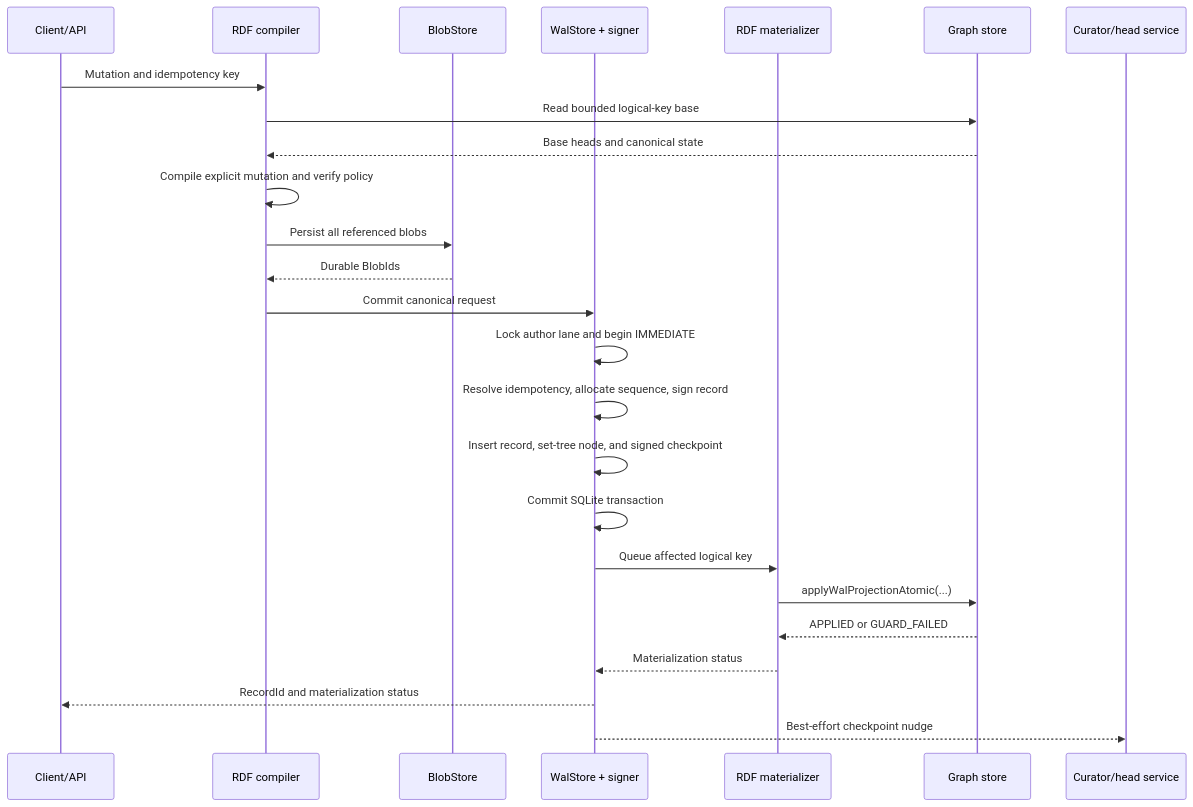
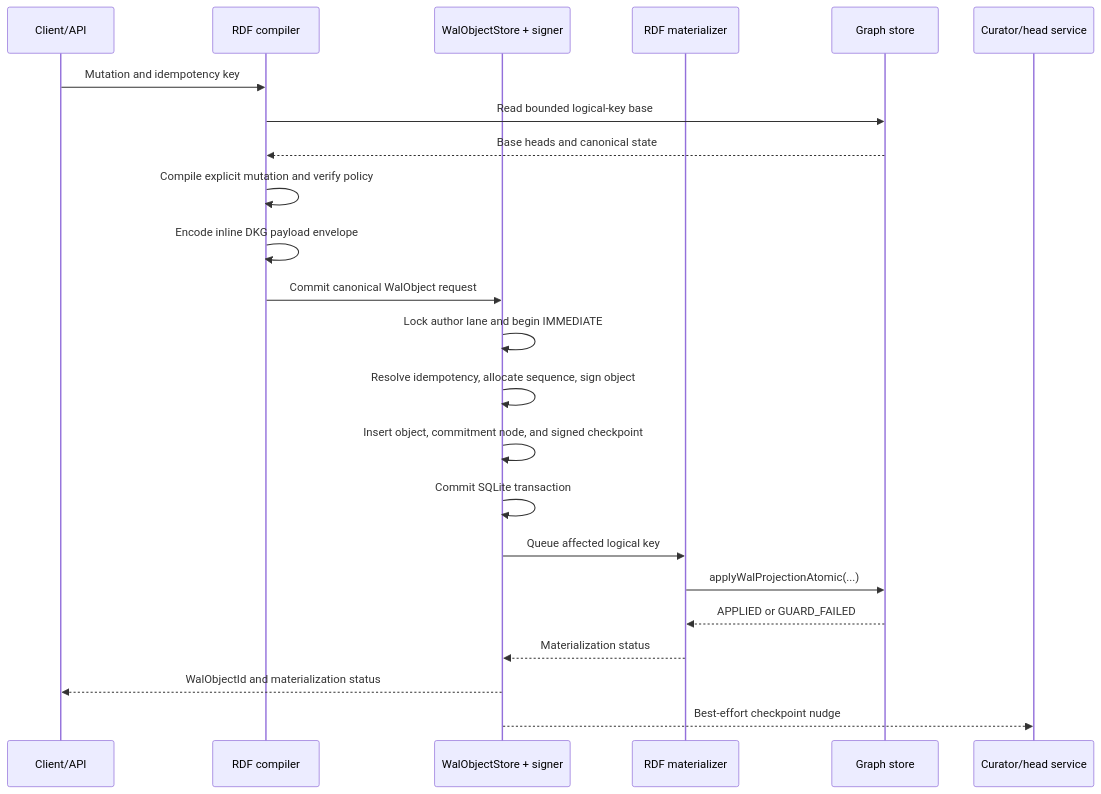
One commit to OriginTrail/dkg changed the third of 7 diagrams in docs/active-now/wal-parallel-protocol-task-pack/OT-RFC-65-wal-byte-set-reconciliation-sync.md. Above: the diagram before and after it, drawn with Mermaid. The commit also changed other lines of this file and 4 other files, not shown here.

````diff
--- a/docs/active-now/wal-parallel-protocol-task-pack/OT-RFC-65-wal-byte-set-reconciliation-sync.md
+++ b/docs/active-now/wal-parallel-protocol-task-pack/OT-RFC-65-wal-byte-set-reconciliation-sync.md
@@ -685,28 +877,26 @@
 ```mermaid
 sequenceDiagram
     participant C as Client/API
     participant R as RDF compiler
-    participant B as BlobStore
-    participant W as WalStore + signer
+    participant W as WalObjectStore + signer
     participant M as RDF materializer
     participant G as Graph store
     participant H as Curator/head service
 
     C->>R: Mutation and idempotency key
     R->>G: Read bounded logical-key base
     G-->>R: Base heads and canonical state
     R->>R: Compile explicit mutation and verify policy
-    R->>B: Persist all referenced blobs
-    B-->>R: Durable BlobIds
-    R->>W: Commit canonical request
+    R->>R: Encode inline DKG payload envelope
+    R->>W: Commit canonical WalObject request
     W->>W: Lock author lane and begin IMMEDIATE
-    W->>W: Resolve idempotency, allocate sequence, sign record
-    W->>W: Insert record, set-tree node, and signed checkpoint
+    W->>W: Resolve idempotency, allocate sequence, sign object
+    W->>W: Insert object, commitment node, and signed checkpoint
     W->>W: Commit SQLite transaction
     W->>M: Queue affected logical key
     M->>G: applyWalProjectionAtomic(...)
     G-->>M: APPLIED or GUARD_FAILED
     M-->>W: Materialization status
-    W-->>C: RecordId and materialization status
+    W-->>C: WalObjectId and materialization status
     W-->>H: Best-effort checkpoint nudge
 ```
````
